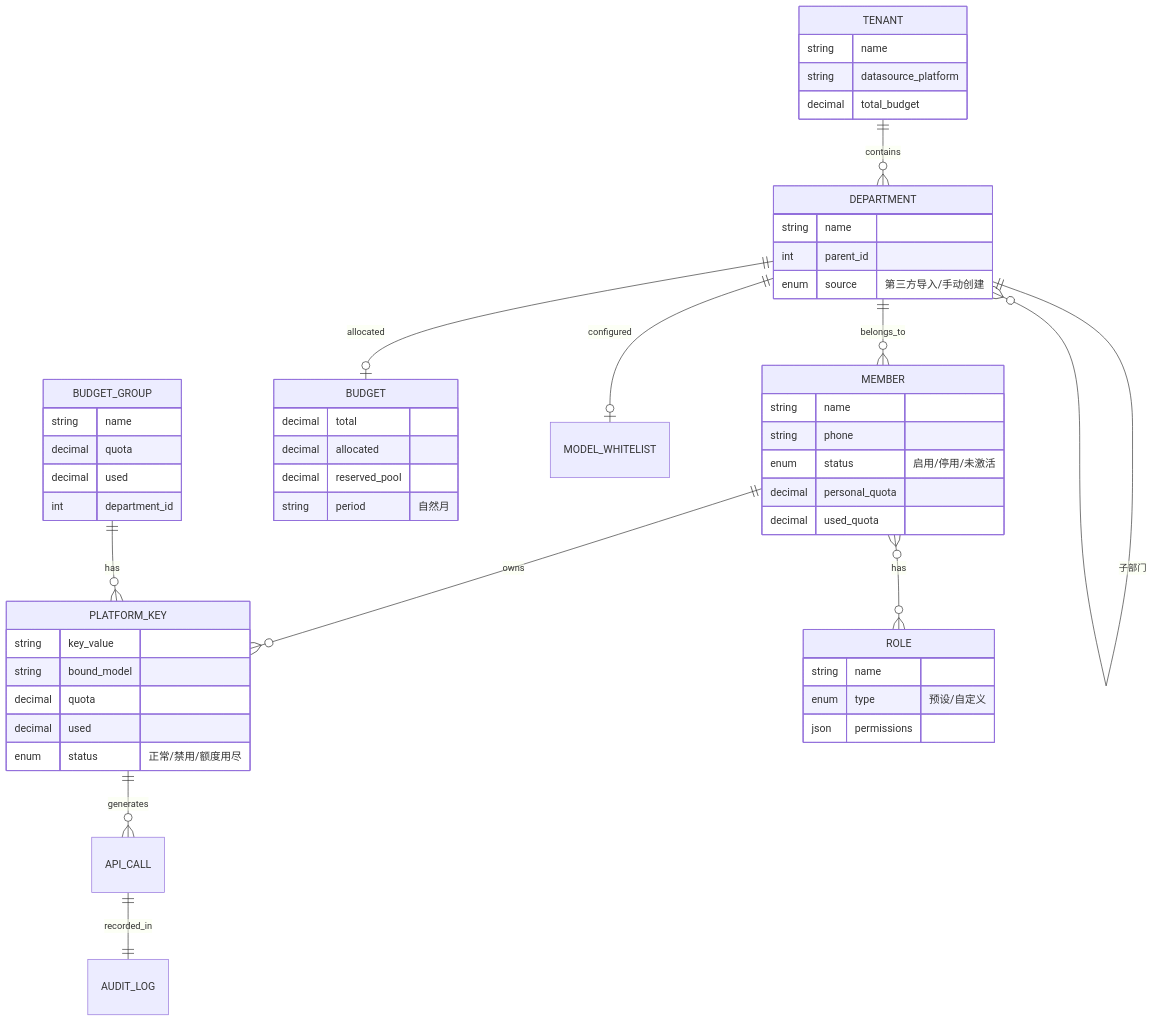
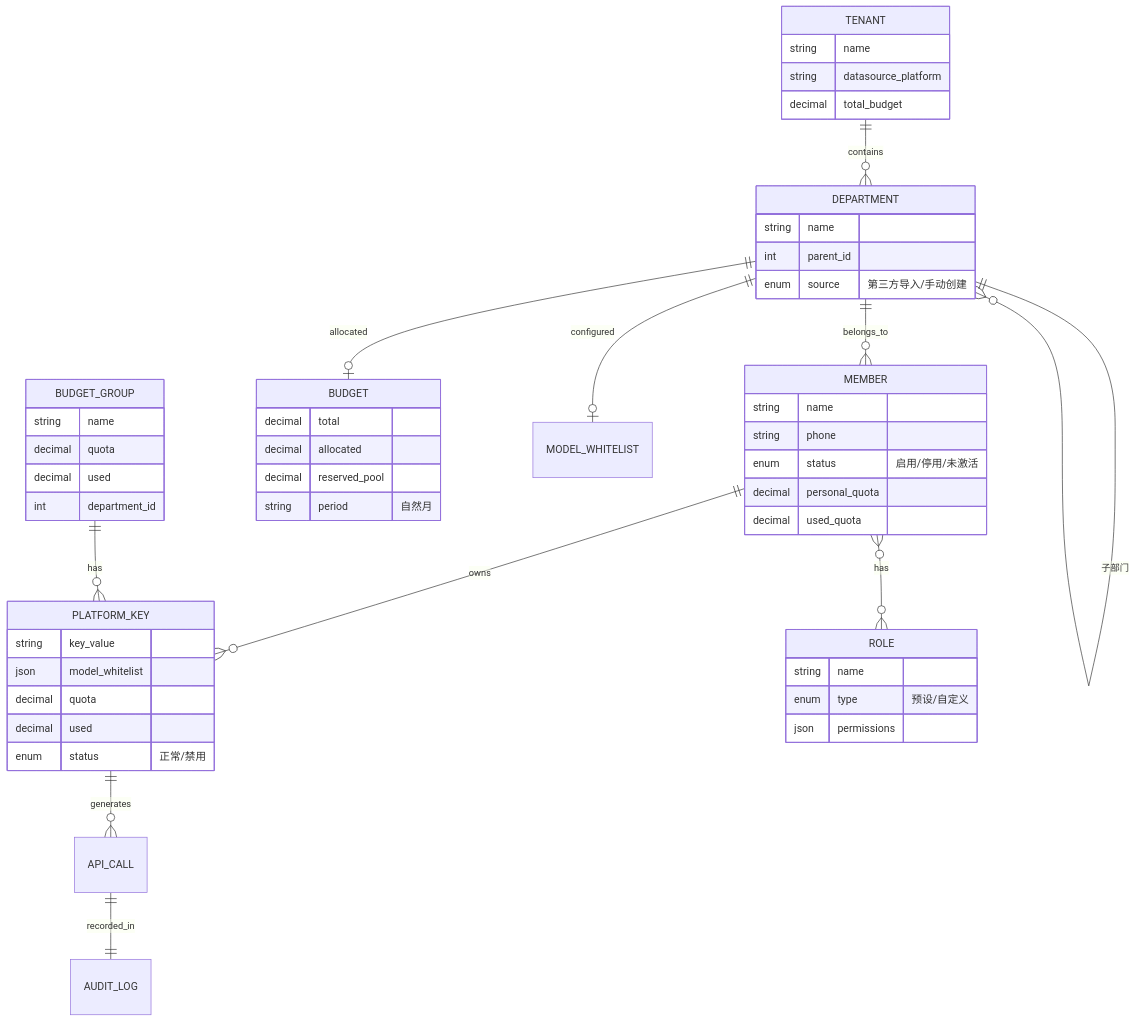
Before and after one commit to quyip8818/mytokenjoy: diagram 15 of 15 in docs/TokenJoy-PRD.md, drawn with Mermaid. The commit also changed other lines of this file and 66 other files, not shown here.

````diff
--- a/docs/TokenJoy-PRD.md
+++ b/docs/TokenJoy-PRD.md
@@ -773,55 +725,55 @@
 ```mermaid
 erDiagram
     TENANT ||--o{ DEPARTMENT : contains
     DEPARTMENT ||--o{ DEPARTMENT : "子部门"
     DEPARTMENT ||--o{ MEMBER : belongs_to
     MEMBER ||--o{ PLATFORM_KEY : owns
     MEMBER }o--o{ ROLE : has
     DEPARTMENT ||--o| BUDGET : allocated
     DEPARTMENT ||--o| MODEL_WHITELIST : configured
     PLATFORM_KEY ||--o{ API_CALL : generates
     API_CALL ||--|| AUDIT_LOG : recorded_in
     BUDGET_GROUP ||--o{ PLATFORM_KEY : has
 
     TENANT {
         string name
         string datasource_platform
         decimal total_budget
     }
     DEPARTMENT {
         string name
         int parent_id
         enum source "第三方导入/手动创建"
     }
     MEMBER {
         string name
         string phone
         enum status "启用/停用/未激活"
         decimal personal_quota
         decimal used_quota
     }
     PLATFORM_KEY {
         string key_value
-        string bound_model
+        json model_whitelist
         decimal quota
         decimal used
-        enum status "正常/禁用/额度用尽"
+        enum status "正常/禁用"
     }
     BUDGET {
         decimal total
         decimal allocated
         decimal reserved_pool
         string period "自然月"
     }
     BUDGET_GROUP {
         string name
         decimal quota
         decimal used
         int department_id
     }
     ROLE {
         string name
         enum type "预设/自定义"
         json permissions
     }
 ```
````
